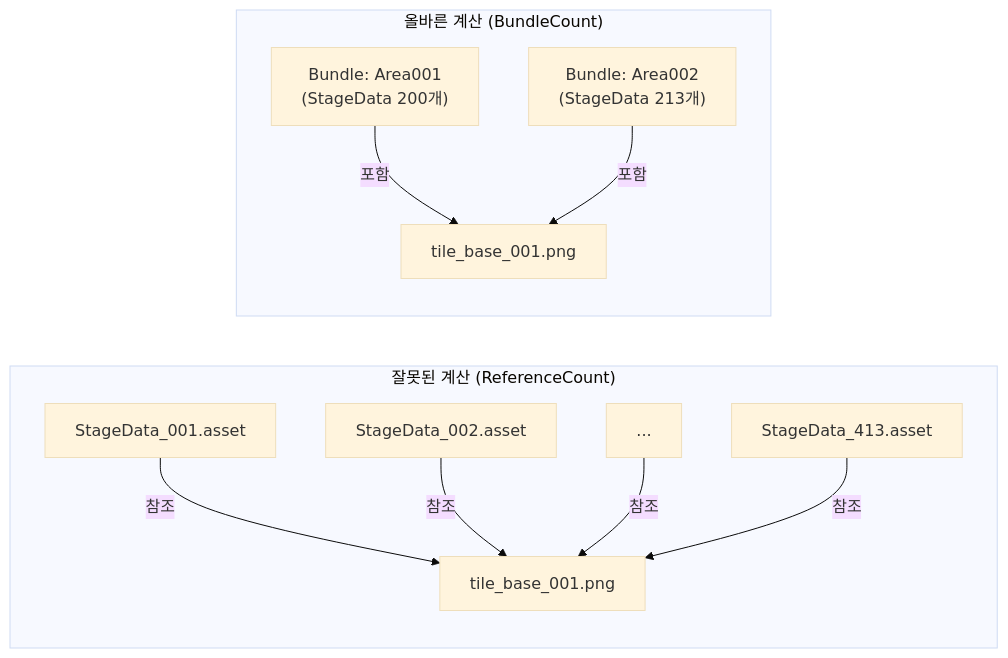
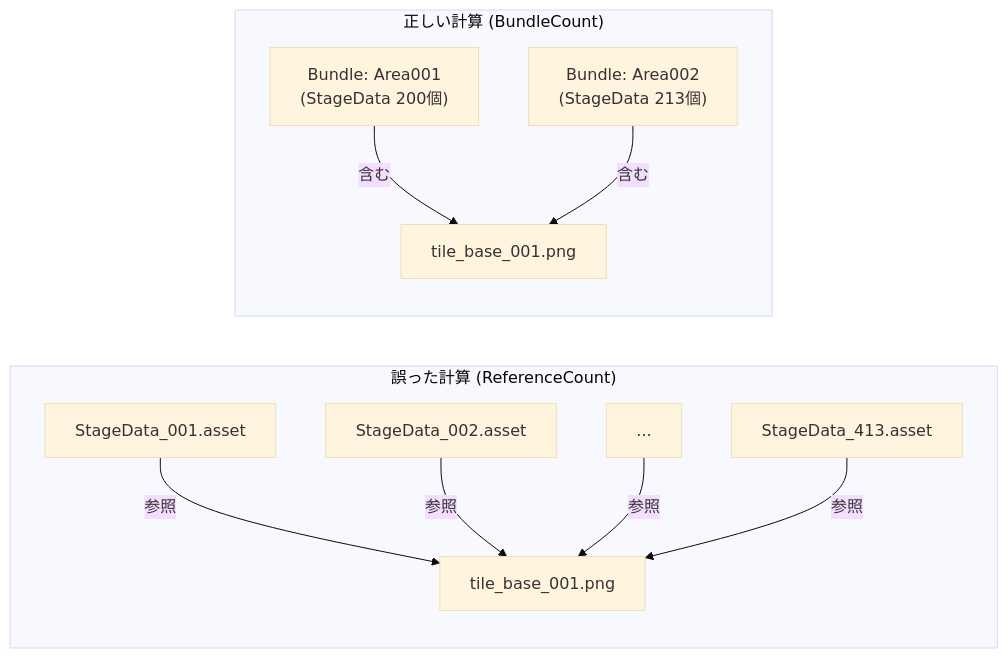
The second of 2 diagrams in _posts/Unity/addressable/2026-02-18-AddressableCustomAnalyzer.ja.md (Epheria/Epheria.github.io), drawn with Mermaid (base theme) before and after one commit. The commit also changed other lines of this file and 6 other files, not shown here.

````diff
--- a/_posts/Unity/addressable/2026-02-18-AddressableCustomAnalyzer.ja.md
+++ b/_posts/Unity/addressable/2026-02-18-AddressableCustomAnalyzer.ja.md
@@ -255,14 +255,14 @@
 ```mermaid
 graph LR
-    subgraph WRONG["잘못된 계산 (ReferenceCount)"]
-        A1["StageData_001.asset"] -->|참조| T1["tile_base_001.png"]
-        A2["StageData_002.asset"] -->|참조| T1
-        A3["..."] -->|참조| T1
-        A413["StageData_413.asset"] -->|참조| T1
+    subgraph WRONG["誤った計算 (ReferenceCount)"]
+        A1["StageData_001.asset"] -->|参照| T1["tile_base_001.png"]
+        A2["StageData_002.asset"] -->|参照| T1
+        A3["..."] -->|参照| T1
+        A413["StageData_413.asset"] -->|参照| T1
     end
 
-    subgraph RIGHT["올바른 계산 (BundleCount)"]
-        B1["Bundle: Area001<br/>(StageData 200개)"] -->|포함| T2["tile_base_001.png"]
-        B2["Bundle: Area002<br/>(StageData 213개)"] -->|포함| T2
+    subgraph RIGHT["正しい計算 (BundleCount)"]
+        B1["Bundle: Area001<br/>(StageData 200個)"] -->|含む| T2["tile_base_001.png"]
+        B2["Bundle: Area002<br/>(StageData 213個)"] -->|含む| T2
     end
 ```
````
